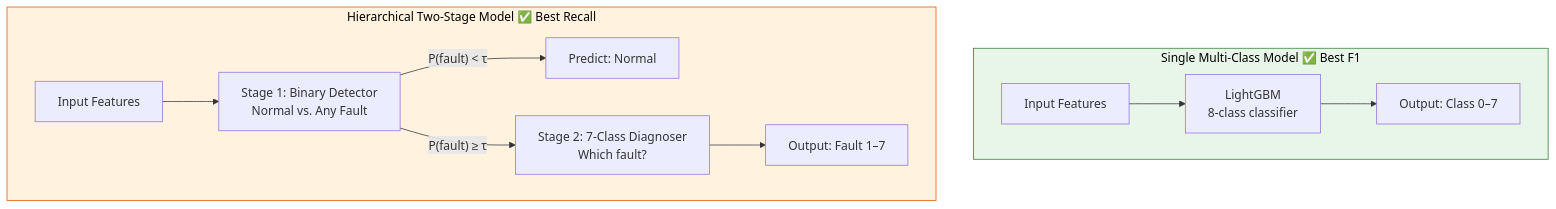
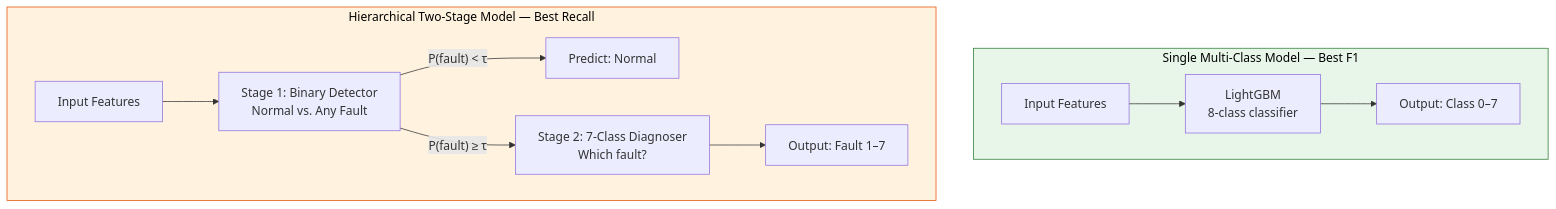
One commit to MrNahadi/New-AIMS changed the second of 7 diagrams in README.md. Above: the diagram before and after it, drawn with Mermaid. The commit also changed other lines of this file and 1 other file, not shown here.

````diff
--- a/README.md
+++ b/README.md
@@ -65,17 +65,17 @@
 ```mermaid
 flowchart TD
-    subgraph Single["Single Multi-Class Model ✅ Best F1"]
+    subgraph Single["Single Multi-Class Model — Best F1"]
         S1[Input Features] --> S2["LightGBM\n8-class classifier"]
         S2 --> S3["Output: Class 0–7"]
     end
 
-    subgraph Hierarchical["Hierarchical Two-Stage Model ✅ Best Recall"]
+    subgraph Hierarchical["Hierarchical Two-Stage Model — Best Recall"]
         H1[Input Features] --> H2["Stage 1: Binary Detector\nNormal vs. Any Fault"]
         H2 -->|"P(fault) < τ"| H3["Predict: Normal"]
         H2 -->|"P(fault) ≥ τ"| H4["Stage 2: 7-Class Diagnoser\nWhich fault?"]
         H4 --> H5["Output: Fault 1–7"]
     end
 
     style Single fill:#e8f5e9,stroke:#2e7d32,color:#000
     style Hierarchical fill:#fff3e0,stroke:#e65100,color:#000
 ```
````
